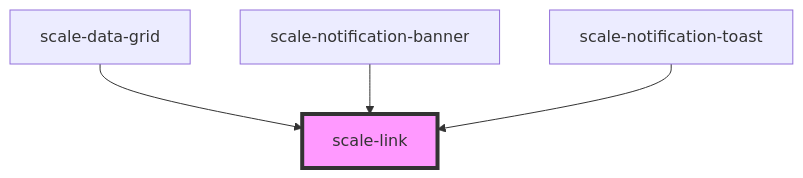
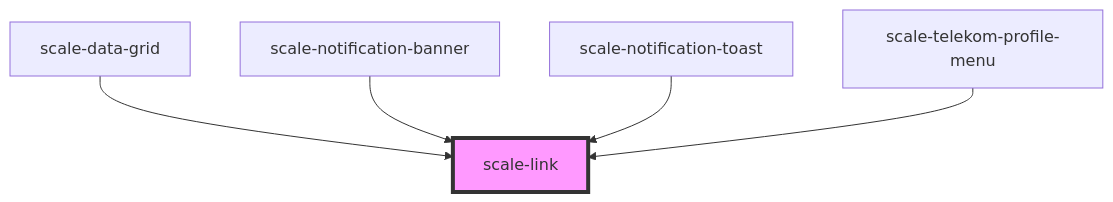
Before and after one commit to telekom/scale: the diagram in packages/components/src/components/link/readme.md, drawn with Mermaid. The commit also changed other lines of this file and 27 other files, not shown here.

Commit message:
fix(telekom-profile-menu): stories and flyout menu fixes (#2273)

````diff
--- a/packages/components/src/components/link/readme.md
+++ b/packages/components/src/components/link/readme.md
@@ -113,7 +114,8 @@
 ```mermaid
 graph TD;
   scale-data-grid --> scale-link
   scale-notification-banner --> scale-link
   scale-notification-toast --> scale-link
+  scale-telekom-profile-menu --> scale-link
   style scale-link fill:#f9f,stroke:#333,stroke-width:4px
 ```
````
